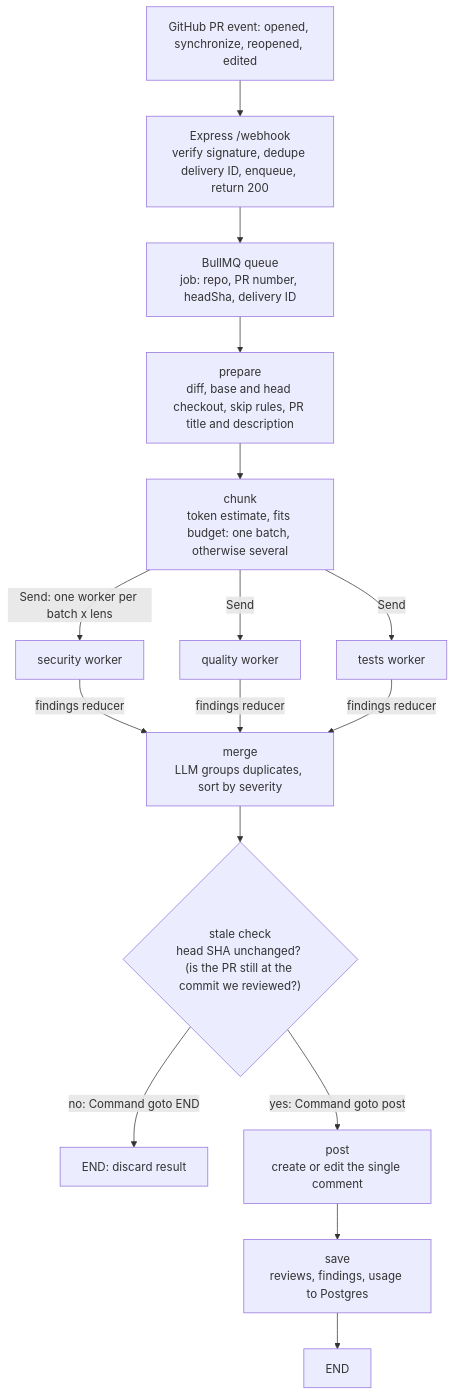
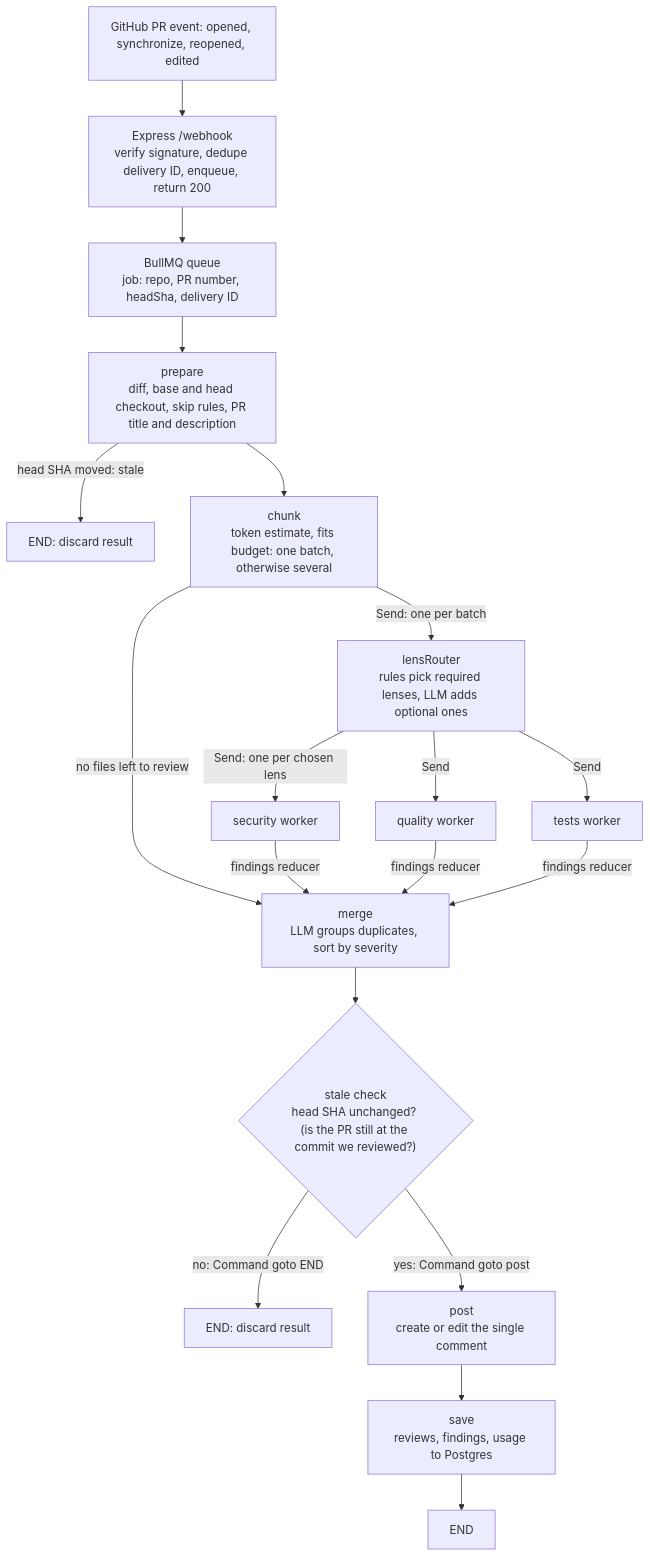
The first of 2 diagrams in Plan.md (d-Bharti001/pr-review-agent), drawn with Mermaid before and after one commit. The commit also changed other lines of this file and 28 other files, not shown here.

````diff
--- a/Plan.md
+++ b/Plan.md
@@ -139,18 +144,21 @@
 ```mermaid
 flowchart TD
     A["GitHub PR event: opened, synchronize, reopened, edited"] --> B["Express /webhook<br/>verify signature, dedupe delivery ID, enqueue, return 200"]
     B --> C["BullMQ queue<br/>job: repo, PR number, headSha, delivery ID"]
     C --> D["prepare<br/>diff, base and head checkout, skip rules, PR title and description"]
+    D -- "head SHA moved: stale" --> X["END: discard result"]
     D --> E["chunk<br/>token estimate, fits budget: one batch, otherwise several"]
-    E -- "Send: one worker per batch x lens" --> G1["security worker"]
-    E -- "Send" --> G2["quality worker"]
-    E -- "Send" --> G3["tests worker"]
+    E -- "Send: one per batch" --> R["lensRouter<br/>rules pick required lenses, LLM adds optional ones"]
+    E -- "no files left to review" --> H
+    R -- "Send: one per chosen lens" --> G1["security worker"]
+    R -- "Send" --> G2["quality worker"]
+    R -- "Send" --> G3["tests worker"]
     G1 -- "findings reducer" --> H["merge<br/>LLM groups duplicates, sort by severity"]
     G2 -- "findings reducer" --> H
     G3 -- "findings reducer" --> H
     H --> I{"stale check<br/>head SHA unchanged? (is the PR still at the commit we reviewed?)"}
     I -- "no: Command goto END" --> J["END: discard result"]
     I -- "yes: Command goto post" --> K["post<br/>create or edit the single comment"]
     K --> L["save<br/>reviews, findings, usage to Postgres"]
     L --> M["END"]
 ```
````
